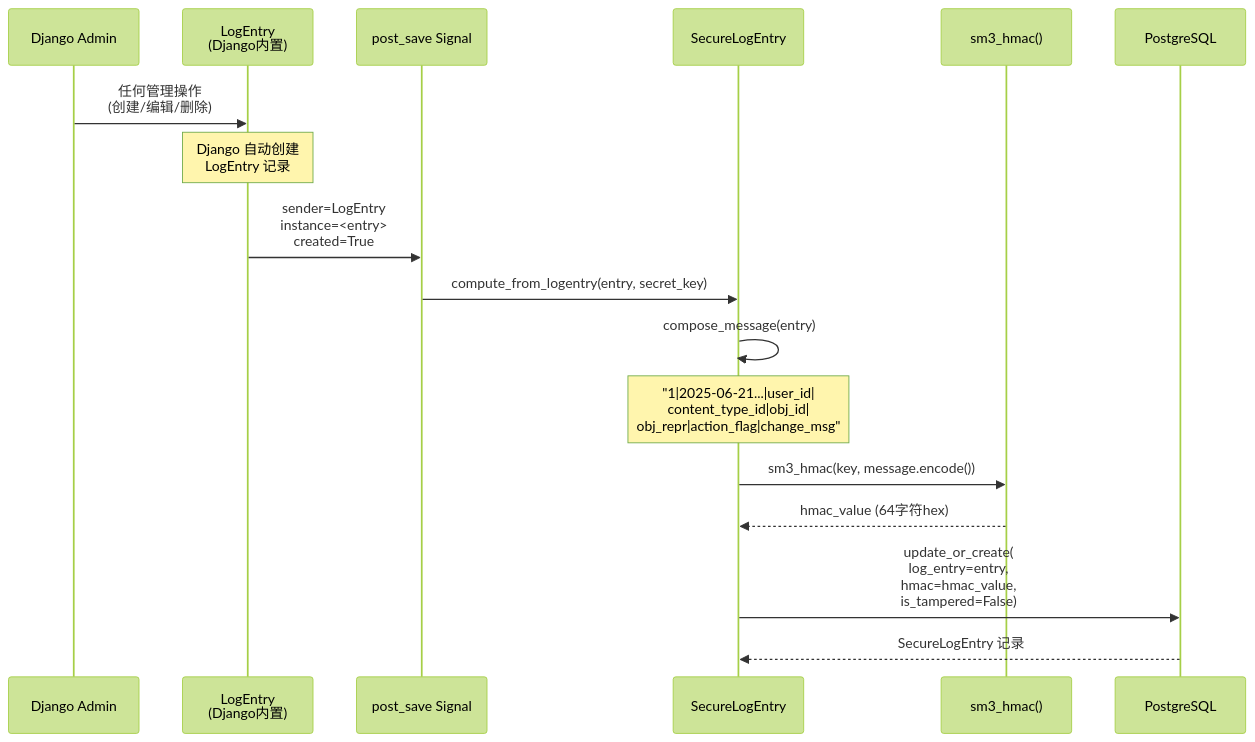
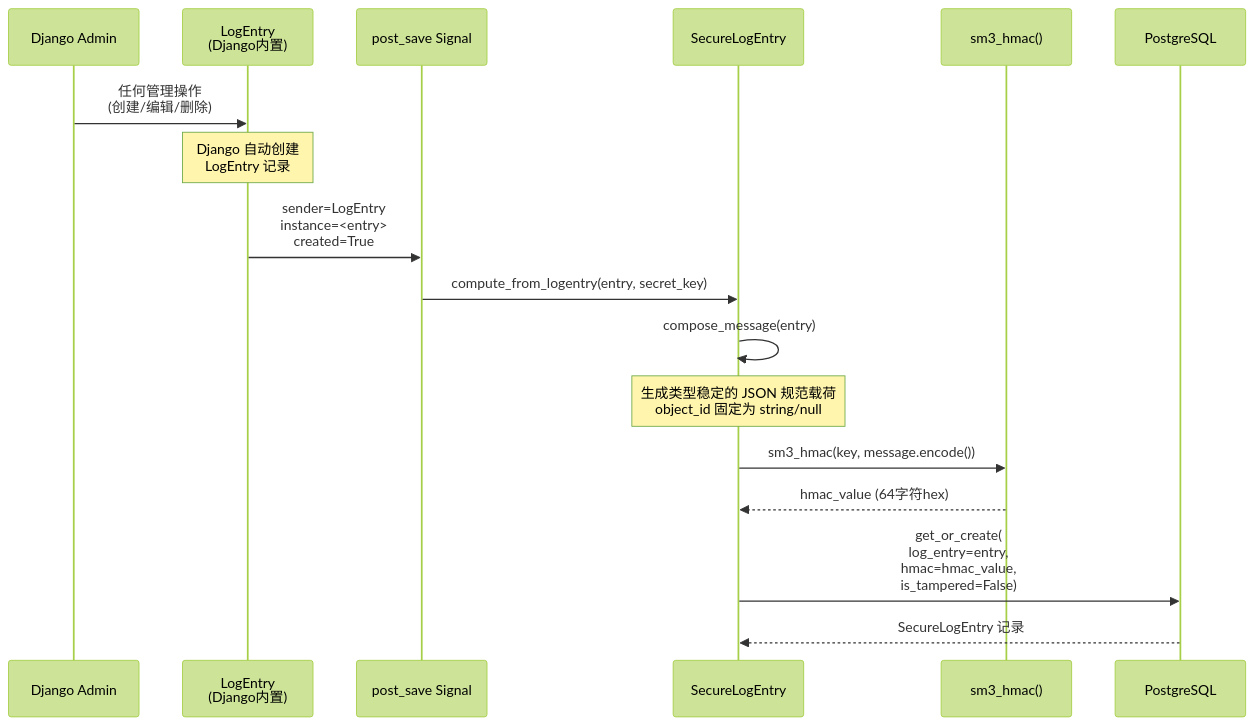
One commit to se-veN714/PowerAdapterBlogs changed the second of 9 diagrams in security/DEVELOPMENT.md. Above: the diagram before and after it, drawn with Mermaid (forest theme). The commit also changed other lines of this file and 7 other files, not shown here.

````diff
--- a/security/DEVELOPMENT.md
+++ b/security/DEVELOPMENT.md
@@ -116,21 +138,21 @@
 ```mermaid
 sequenceDiagram
     participant Admin as Django Admin
     participant LE as LogEntry<br/>(Django内置)
     participant Signal as post_save Signal
     participant SL as SecureLogEntry
     participant HMAC as sm3_hmac()
     participant DB as PostgreSQL
 
     Admin->>LE: 任何管理操作<br/>(创建/编辑/删除)
     Note over LE: Django 自动创建<br/>LogEntry 记录
     LE->>Signal: sender=LogEntry<br/>instance=<entry><br/>created=True
 
     Signal->>SL: compute_from_logentry(entry, secret_key)
     SL->>SL: compose_message(entry)
-    Note over SL: "1|2025-06-21...|user_id|<br/>content_type_id|obj_id|<br/>obj_repr|action_flag|change_msg"
+    Note over SL: 生成类型稳定的 JSON 规范载荷<br/>object_id 固定为 string/null
     SL->>HMAC: sm3_hmac(key, message.encode())
     HMAC-->>SL: hmac_value (64字符hex)
-    SL->>DB: update_or_create(<br/>log_entry=entry,<br/>hmac=hmac_value,<br/>is_tampered=False)
+    SL->>DB: get_or_create(<br/>log_entry=entry,<br/>hmac=hmac_value,<br/>is_tampered=False)
     DB-->>SL: SecureLogEntry 记录
 ```
````
